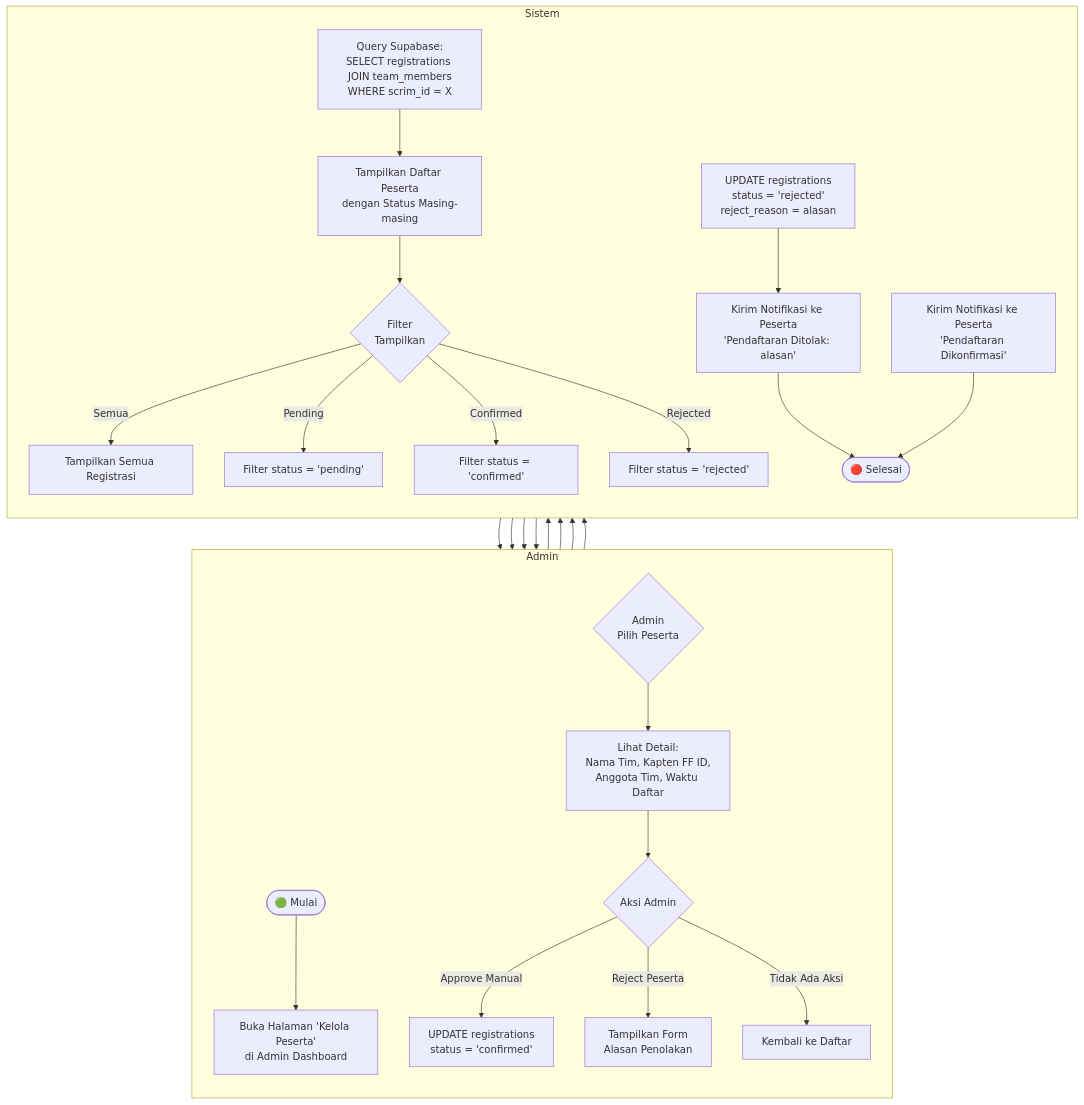
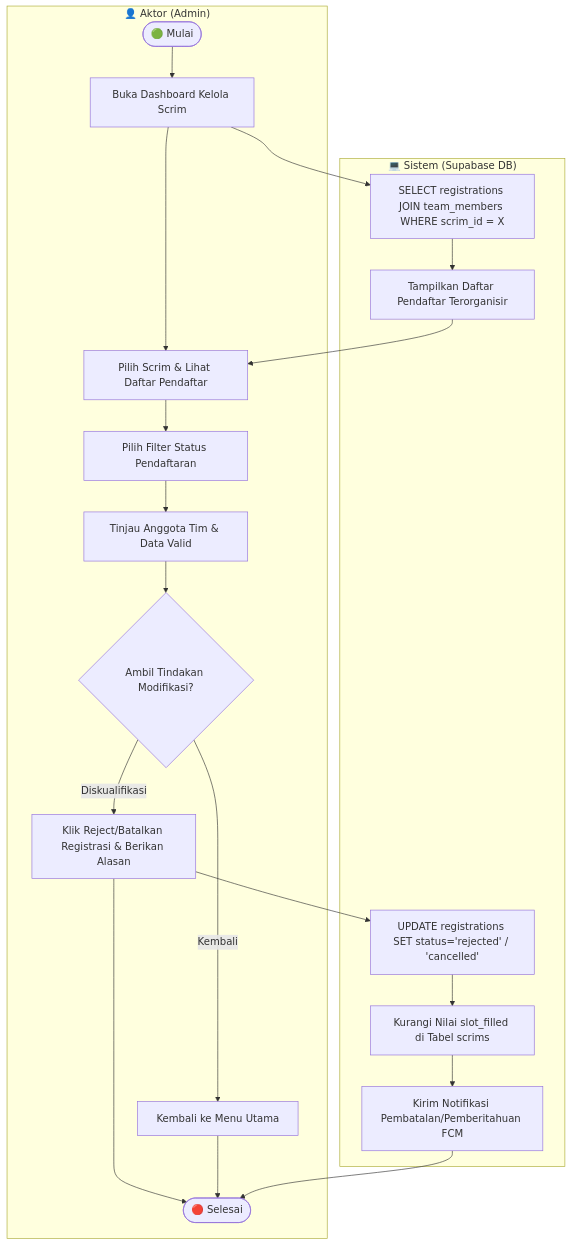
Before and after one commit to yosima050/booyahhub: diagram 16 of 43 in DOKUMENTASI.md, drawn with Mermaid. The commit also changed other lines of this file, not shown here.

````diff
--- a/DOKUMENTASI.md
+++ b/DOKUMENTASI.md
@@ -732,29 +556,21 @@
 ```mermaid
 flowchart TD
-    subgraph Admin
-        direction TB
-        A([🟢 Mulai]) --> B[Buka Halaman 'Kelola Peserta'<br/>di Admin Dashboard]
-        J{Admin<br/>Pilih Peserta} --> K
-        L{Aksi Admin} -->|Approve Manual| M
-        L -->|Reject Peserta| N[Tampilkan Form<br/>Alasan Penolakan]
-        L -->|Tidak Ada Aksi| R
+    subgraph Aktor ["👤 Aktor (Admin)"]
+        O1([🟢 Mulai]) --> O2[Buka Dashboard Kelola Scrim]
+        O2 --> O3[Pilih Scrim & Lihat Daftar Pendaftar]
+        O3 --> O4[Pilih Filter Status Pendaftaran]
+        O4 --> O5[Tinjau Anggota Tim & Data Valid]
+        O5 --> O6{Ambil Tindakan Modifikasi?}
+        O6 -->|Diskualifikasi| O7[Klik Reject/Batalkan Registrasi & Berikan Alasan]
+        O6 -->|Kembali| O8[Kembali ke Menu Utama]
+        O7 & O8 --> O9([🔴 Selesai])
     end
 
-    subgraph Sistem
-        direction TB
-        B --> C[Query Supabase:<br/>SELECT registrations JOIN team_members<br/>WHERE scrim_id = X]
-        C --> D[Tampilkan Daftar Peserta<br/>dengan Status Masing-masing]
-        D --> E{Filter<br/>Tampilkan}
-        E -->|Semua| F[Tampilkan Semua Registrasi]
-        E -->|Pending| G[Filter status = 'pending']
-        E -->|Confirmed| H[Filter status = 'confirmed']
-        E -->|Rejected| I[Filter status = 'rejected']
-        F & G & H & I --> J
-        K[Lihat Detail:<br/>Nama Tim, Kapten FF ID,<br/>Anggota Tim, Waktu Daftar] --> L
-        M[UPDATE registrations<br/>status = 'confirmed'] --> Q[Kirim Notifikasi ke Peserta<br/>'Pendaftaran Dikonfirmasi']
-        N --> O[UPDATE registrations<br/>status = 'rejected'<br/>reject_reason = alasan]
-        O --> P[Kirim Notifikasi ke Peserta<br/>'Pendaftaran Ditolak: alasan']
-        R[Kembali ke Daftar] --> S([🔴 Selesai])
-        P & Q --> S
+    subgraph Sistem ["💻 Sistem (Supabase DB)"]
+        O2 --> S1[SELECT registrations JOIN team_members WHERE scrim_id = X]
+        S1 --> S2[Tampilkan Daftar Pendaftar Terorganisir] --> O3
+        O7 --> S3[UPDATE registrations SET status='rejected' / 'cancelled']
+        S3 --> S4[Kurangi Nilai slot_filled di Tabel scrims]
+        S4 --> S5[Kirim Notifikasi Pembatalan/Pemberitahuan FCM] --> O9
     end
 ```
````
